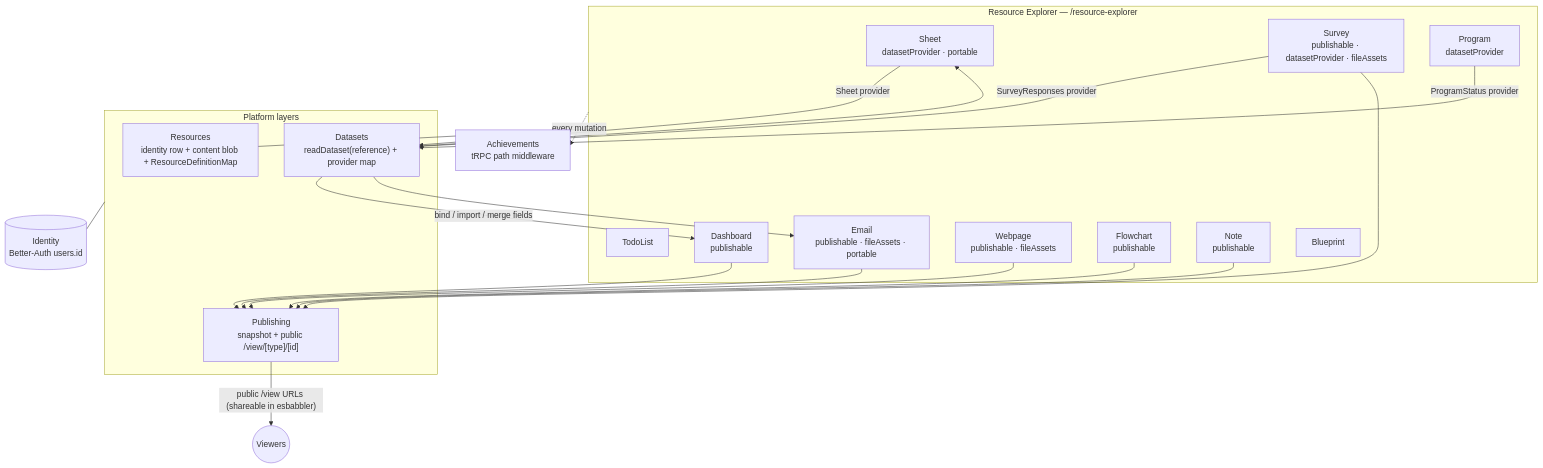
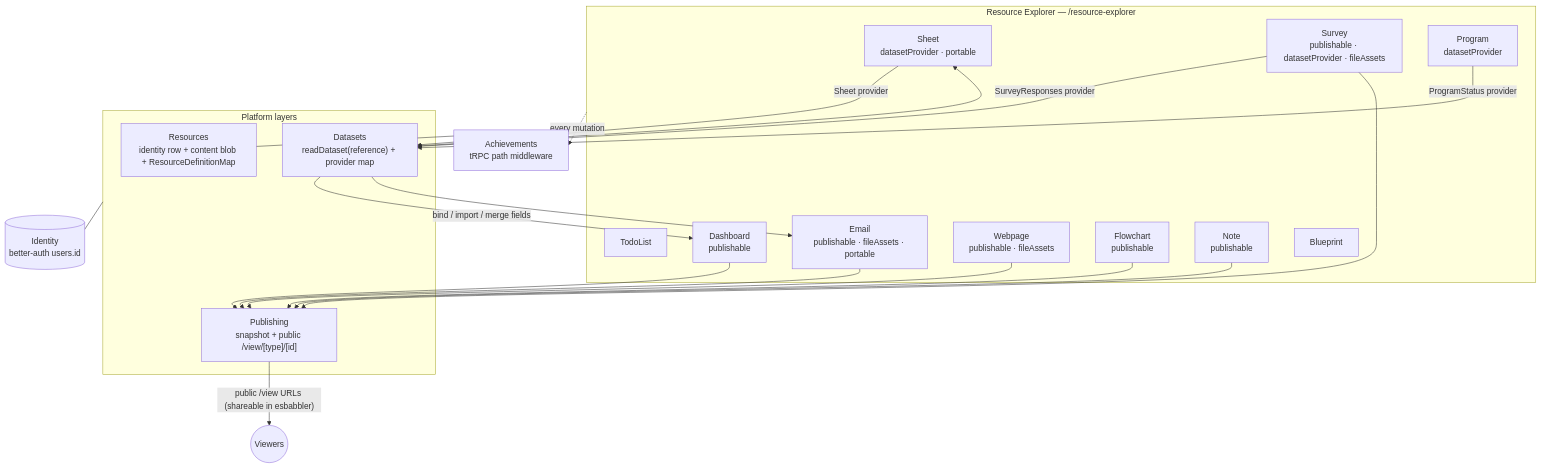
The first of 2 diagrams in packages/app/content/docs/architecture/platform.md (Esposter/Esposter), drawn with Mermaid before and after one commit. The commit also changed other lines of this file and 22 other files, not shown here.

First line of the commit message:
docs(architecture): sweep the standards pages for prose that does not earn its line

````diff
--- a/packages/app/content/docs/architecture/platform.md
+++ b/packages/app/content/docs/architecture/platform.md
@@ -26,41 +26,41 @@
 ```mermaid
 flowchart TB
   subgraph explorer [Resource Explorer — /resource-explorer]
     SHEET[Sheet<br/>datasetProvider · portable]
     SURVEY[Survey<br/>publishable · datasetProvider · fileAssets]
     TODO[TodoList]
     DASH[Dashboard<br/>publishable]
     EMAIL[Email<br/>publishable · fileAssets · portable]
     WEB[Webpage<br/>publishable · fileAssets]
     FLOW[Flowchart<br/>publishable]
     NOTE[Note<br/>publishable]
     PROG[Program<br/>datasetProvider]
     BP[Blueprint]
   end
 
   subgraph platform [Platform layers]
     RES["Resources<br/>identity row + content blob + ResourceDefinitionMap"]
     DS["Datasets<br/>readDataset(reference) + provider map"]
     PUB["Publishing<br/>snapshot + public /view/[type]/[id]"]
   end
 
   explorer --- RES
   SHEET -- Sheet provider --> DS
   SURVEY -- SurveyResponses provider --> DS
   PROG -- ProgramStatus provider --> DS
   DS -- bind / import / merge fields --> DASH
   DS --> SHEET
   DS --> EMAIL
   SURVEY --> PUB
   DASH --> PUB
   WEB --> PUB
   EMAIL --> PUB
   FLOW --> PUB
   NOTE --> PUB
   PUB -- "public /view URLs (shareable in esbabbler)" --> WORLD((Viewers))
 
   ACH[Achievements<br/>tRPC path middleware]
-  ID[(Identity<br/>Better-Auth users.id)]
+  ID[(Identity<br/>better-auth users.id)]
   platform --- ID
   explorer -. every mutation .-> ACH
 ```
````
